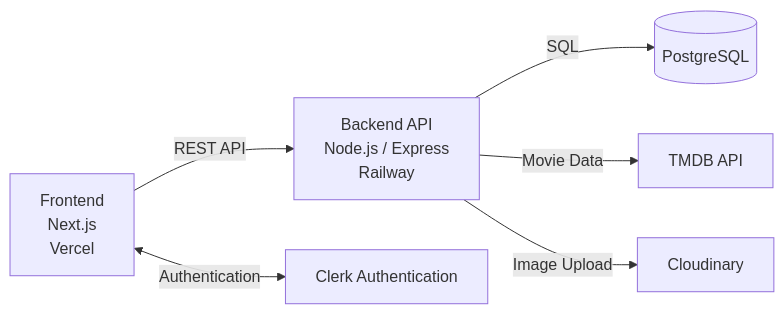
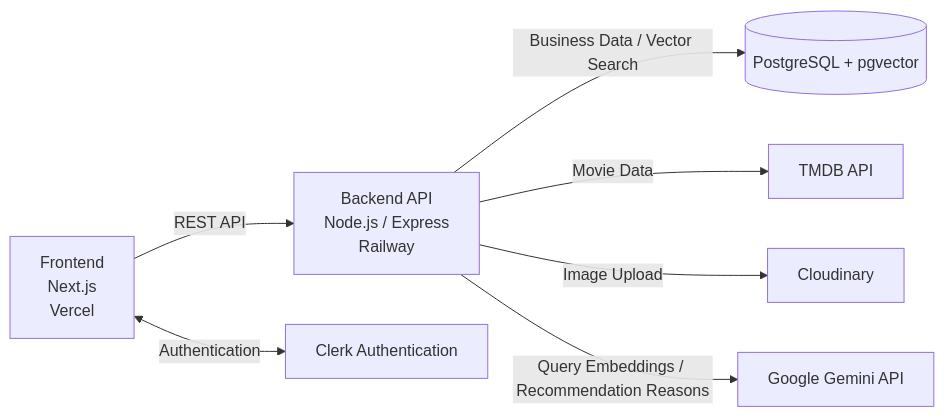
Before and after one commit to a1919727/movie-db: the first of 2 diagrams in README.md, drawn with Mermaid. The commit also changed other lines of this file, not shown here.

Commit message:
docs: document RAG movie search architecture and setup

````diff
--- a/README.md
+++ b/README.md
@@ -51,15 +55,17 @@
 ```mermaid
 flowchart LR
     F[Frontend<br/>Next.js<br/>Vercel]
     B[Backend API<br/>Node.js / Express<br/>Railway]
-    D[(PostgreSQL)]
+    D[(PostgreSQL + pgvector)]
     T[TMDB API]
     C[Clerk Authentication]
     M[Cloudinary]
+    G[Google Gemini API]
 
     F -->|REST API| B
     F <--> |Authentication| C
-    B -->|SQL| D
+    B -->|Business Data / Vector Search| D
     B -->|Movie Data| T
     B -->|Image Upload| M
+    B -->|Query Embeddings / Recommendation Reasons| G
 ```
````
